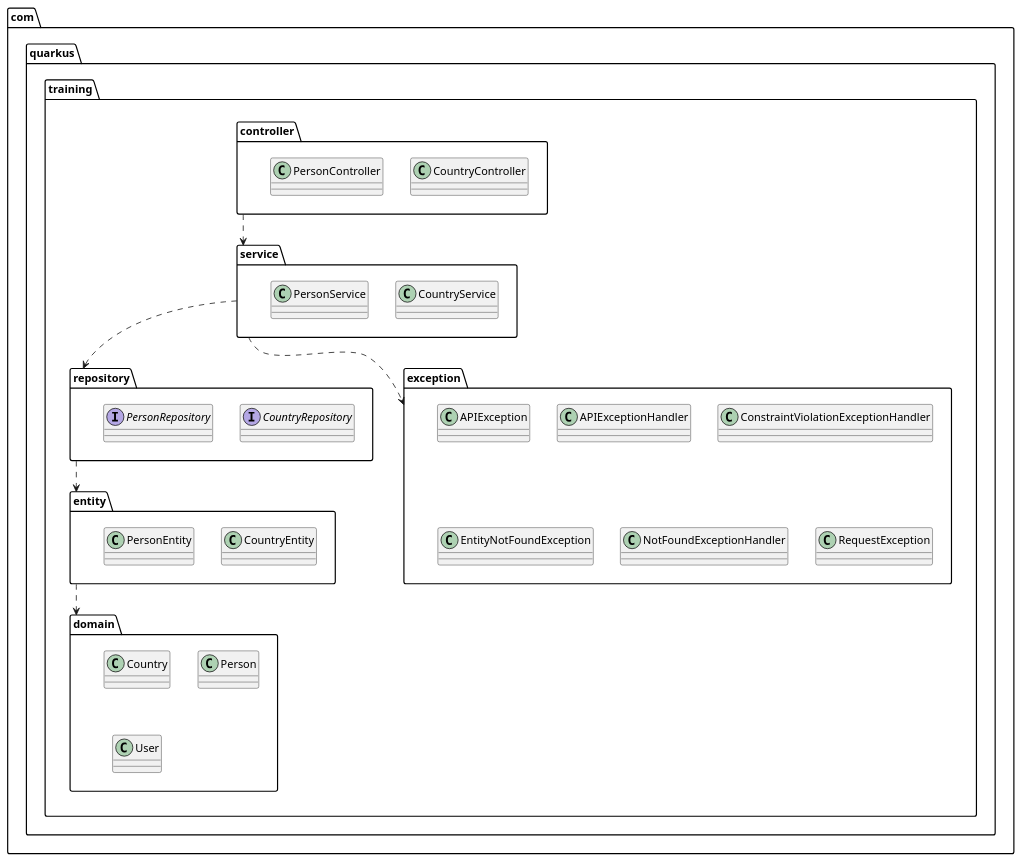
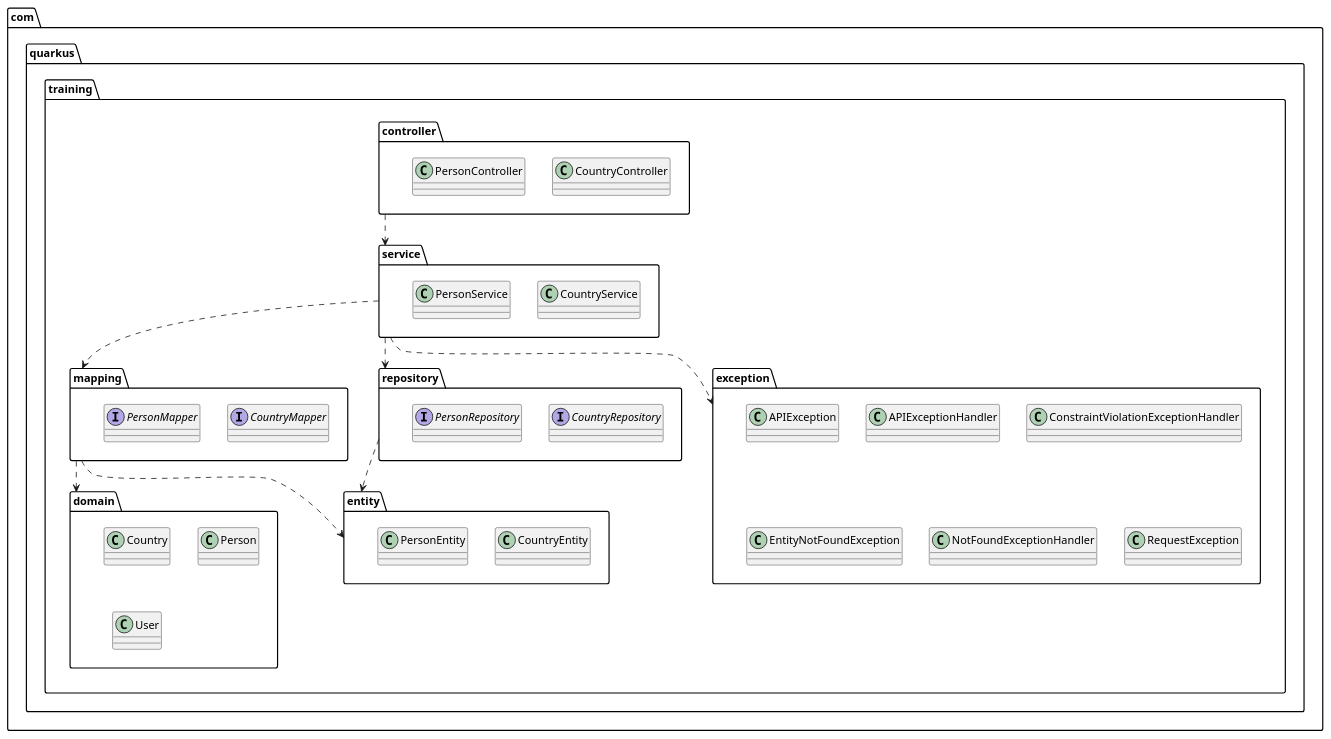
One commit to laminba2003/quarkus-rest-services changed the first of 5 diagrams in src/main/asciidoc/index.adoc. Above: the diagram before and after it, drawn with PlantUML. The commit also changed other lines of this file and 9 other files, not shown here.

```diff
--- a/src/main/asciidoc/index.adoc
+++ b/src/main/asciidoc/index.adoc
@@ -26,45 +26,53 @@
 [plantuml, Package-diagram, png]
 ----
 
 package com.quarkus.training.domain {
     class Country
     class Person
     class User
 }
 
 package com.quarkus.training.entity {
     class CountryEntity
     class PersonEntity
 }
+
+package com.quarkus.training.mapping {
+    interface CountryMapper
+    interface PersonMapper
+}
+
 
 package com.quarkus.training.repository {
     interface CountryRepository
     interface PersonRepository
 }
 
 package com.quarkus.training.exception {
     class APIException
     class APIExceptionHandler
     class ConstraintViolationExceptionHandler
     class EntityNotFoundException
     class NotFoundExceptionHandler
     class RequestException
 }
 
 package com.quarkus.training.service {
     class CountryService
     class PersonService
 }
 
 package com.quarkus.training.controller {
     class CountryController
     class PersonController
 }
 
-com.quarkus.training.entity ..> com.quarkus.training.domain
+com.quarkus.training.mapping ..> com.quarkus.training.domain
+com.quarkus.training.mapping ..> com.quarkus.training.entity
 com.quarkus.training.repository ..> com.quarkus.training.entity
 com.quarkus.training.service ..> com.quarkus.training.repository
+com.quarkus.training.service ..> com.quarkus.training.mapping
 com.quarkus.training.service ..> com.quarkus.training.exception
 com.quarkus.training.controller ..> com.quarkus.training.service
 
 ----
```
